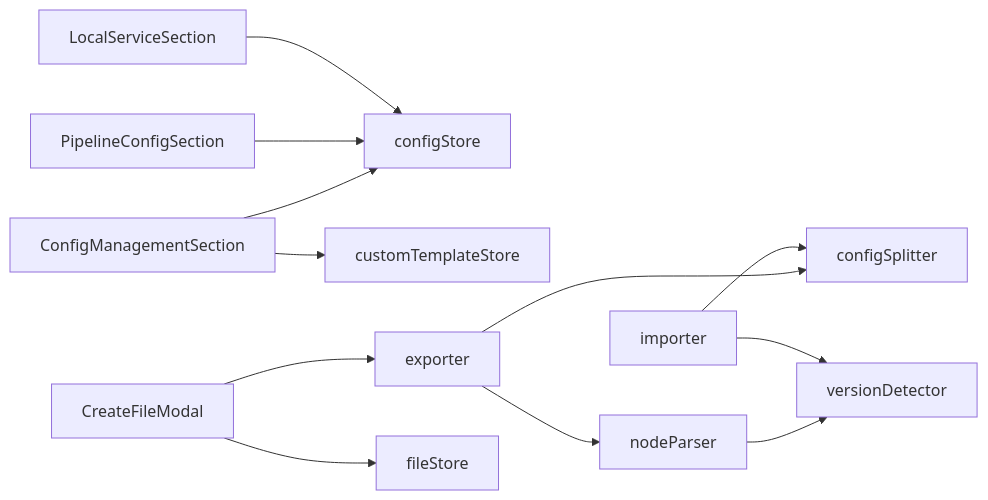
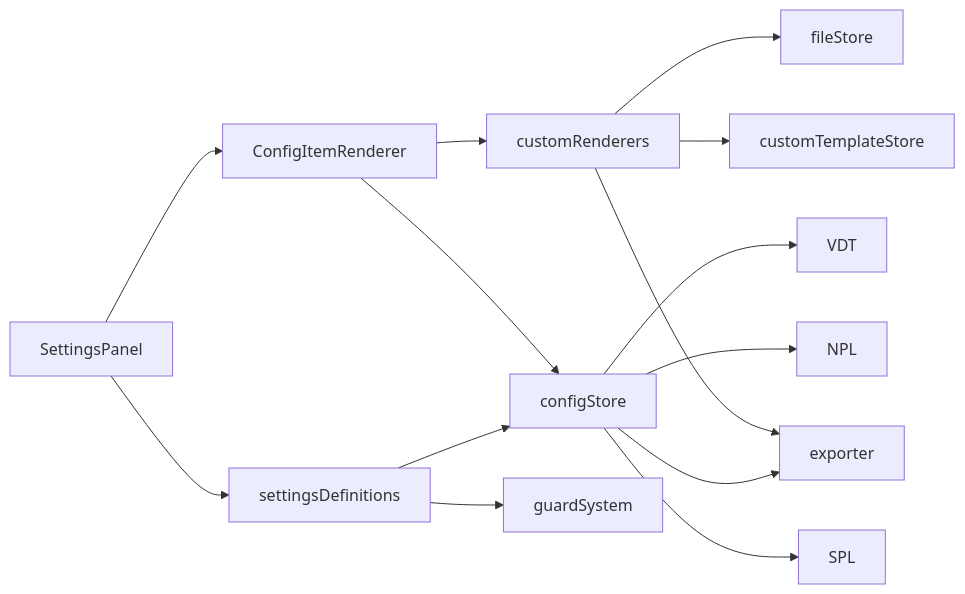
One commit to kqcoxn/MaaPipelineEditor changed the eighth of 8 diagrams in .qoder/repowiki/zh/content/用户界面/面板系统/配置面板/配置管理区域.md. Above: the diagram before and after it, drawn with Mermaid. The commit also changed other lines of this file and 50 other files, not shown here.

````diff
--- a/.qoder/repowiki/zh/content/用户界面/面板系统/配置面板/配置管理区域.md
+++ b/.qoder/repowiki/zh/content/用户界面/面板系统/配置面板/配置管理区域.md
@@ -301,14 +348,16 @@
 ```mermaid
 graph LR
-CMS["ConfigManagementSection"] --> CS["configStore"]
-CMS --> CTS["customTemplateStore"]
-PCS["PipelineConfigSection"] --> CS
-LSS["LocalServiceSection"] --> CS
-CFM["CreateFileModal"] --> EXP["exporter"]
-CFM --> FS["fileStore"]
-EXP --> SPL["configSplitter"]
-EXP --> NPL["nodeParser"]
-NPL --> VDT["versionDetector"]
-IMP["importer"] --> VDT
-IMP --> SPL
+SP["SettingsPanel"] --> SD["settingsDefinitions"]
+SP --> CIR["ConfigItemRenderer"]
+CIR --> CS["configStore"]
+CIR --> CR["customRenderers"]
+CR --> EXP["exporter"]
+CR --> CTS["customTemplateStore"]
+CR --> FS["fileStore"]
+SD --> GS["guardSystem"]
+SD --> CS
+CS --> EXP
+CS --> SPL
+CS --> NPL
+CS --> VDT
 ```
````
